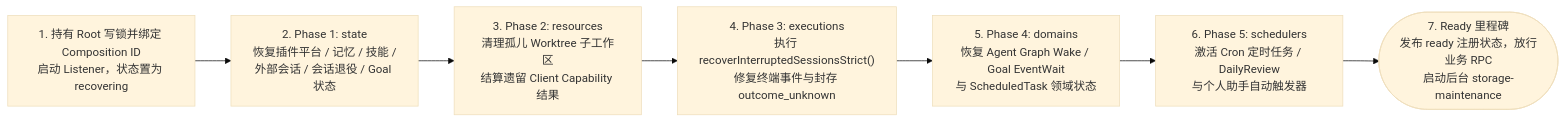
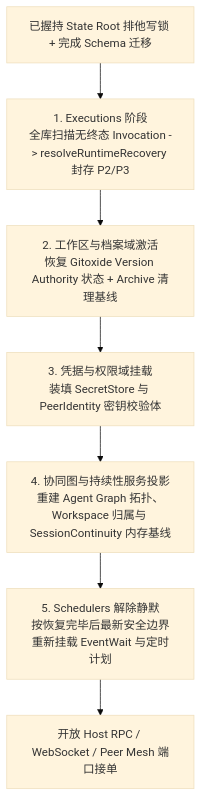
Before and after one commit to suger-m/agent-infrastructure-docs: the first of 2 diagrams in maka-agent-infra/04-state/host-ownership-and-sync.md, drawn with Mermaid (base theme). The commit also changed other lines of this file and 33 other files, not shown here.

Commit message:
docs(ts): overhaul all 32 TS architecture chapters in razor-sharp microkernel style & polish Rust foundations

````diff
--- a/maka-agent-infra/04-state/host-ownership-and-sync.md
+++ b/maka-agent-infra/04-state/host-ownership-and-sync.md
@@ -56,9 +27,9 @@
 ```mermaid
-flowchart LR
-    Boot["1. 持有 Root 写锁并绑定 Composition ID<br/>启动 Listener，状态置为 recovering"] --> P1["2. Phase 1: state<br/>恢复插件平台 / 记忆 / 技能 /<br/>外部会话 / 会话退役 / Goal 状态"]
-    P1 --> P2["3. Phase 2: resources<br/>清理孤儿 Worktree 子工作区<br/>结算遗留 Client Capability 结果"]
-    P2 --> P3["4. Phase 3: executions<br/>执行 recoverInterruptedSessionsStrict()<br/>修复终端事件与封存 outcome_unknown"]
-    P3 --> P4["5. Phase 4: domains<br/>恢复 Agent Graph Wake / Goal EventWait<br/>与 ScheduledTask 领域状态"]
-    P4 --> P5["6. Phase 5: schedulers<br/>激活 Cron 定时任务 / DailyReview<br/>与个人助手自动触发器"]
-    P5 --> Ready(["7. Ready 里程碑<br/>发布 ready 注册状态，放行业务 RPC<br/>启动后台 storage-maintenance"])
+flowchart TB
+    Locked["已握持 State Root 排他写锁 + 完成 Schema 迁移"] --> ExecRecover["1. Executions 阶段<br/>全库扫描无终态 Invocation -> resolveRuntimeRecovery 封存 P2/P3"]
+    ExecRecover --> Domain1["2. 工作区与档案域激活<br/>恢复 Gitoxide Version Authority 状态 + Archive 清理基线"]
+    Domain1 --> Domain2["3. 凭据与权限域挂载<br/>装填 SecretStore 与 PeerIdentity 密钥校验体"]
+    Domain2 --> Domain3["4. 协同图与持续性服务投影<br/>重建 Agent Graph 拓扑、Workspace 归属与 SessionContinuity 内存基线"]
+    Domain3 --> Sched["5. Schedulers 解除静默<br/>按恢复完毕后最新安全边界重新挂载 EventWait 与定时计划"]
+    Sched --> Ready["开放 Host RPC / WebSocket / Peer Mesh 端口接单"]
 ```
````
